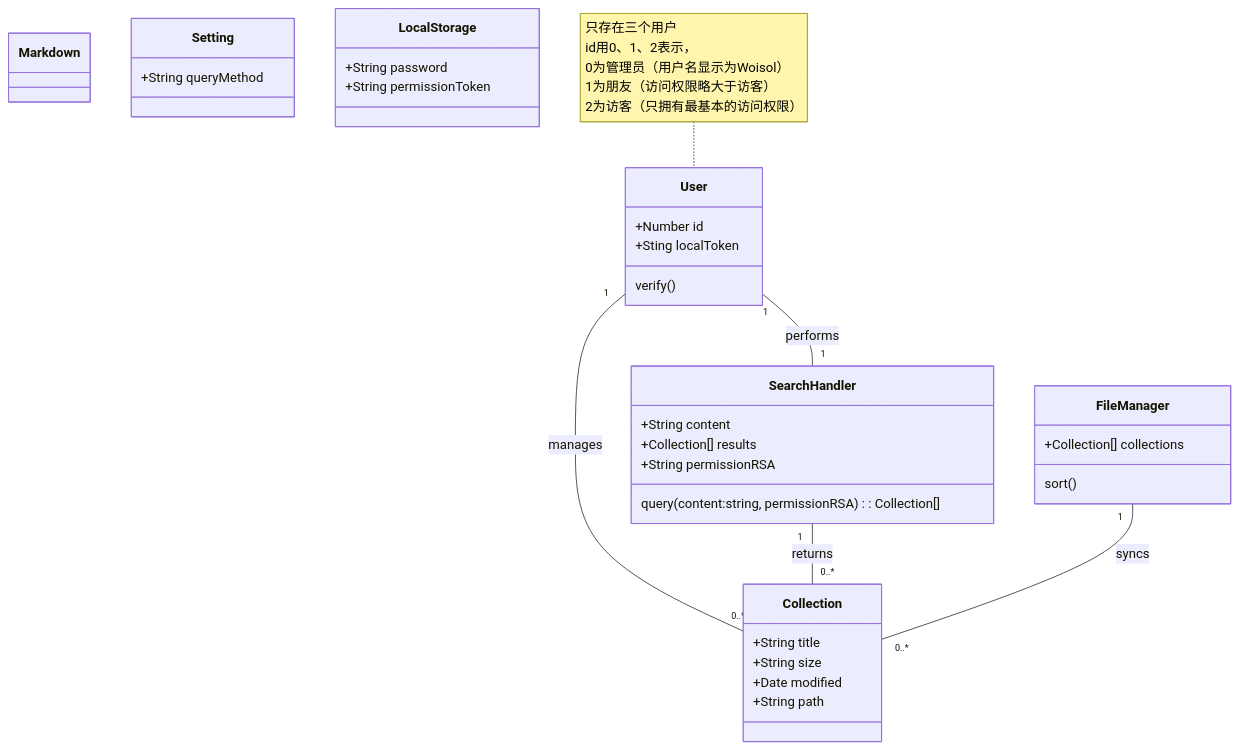
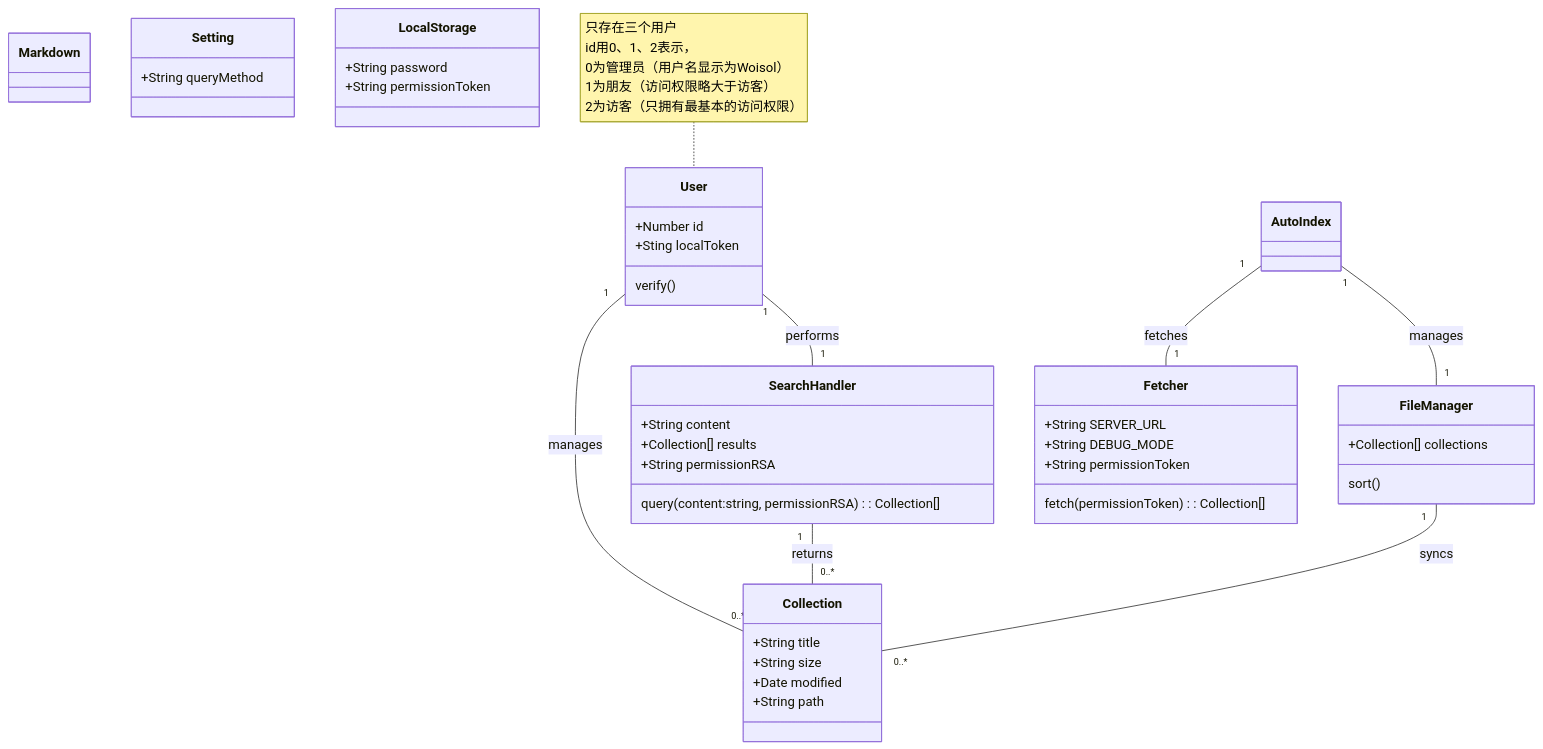
The second of 2 diagrams in docs/Requirement.md (Woisol/CollectionFetch-GUI), drawn with Mermaid before and after one commit. The commit also changed other lines of this file and 9 other files, not shown here.

````diff
--- a/docs/Requirement.md
+++ b/docs/Requirement.md
@@ -78,50 +80,65 @@
 ```mermaid
 classDiagram
     class User {
         +Number id
         +Sting localToken
         verify()
     }
     note for User "只存在三个用户
     id用0、1、2表示，
     0为管理员（用户名显示为Woisol）
     1为朋友（访问权限略大于访客）
     2为访客（只拥有最基本的访问权限）"
 
     class Collection {
         +String title
         +String size
         +Date modified
         +String path
     }
 
     class Markdown{
 
     }
 
+
     class SearchHandler {
         +String content
         +Collection[] results
         +String permissionRSA
         query(content:string, permissionRSA): Collection[]
     }
 
+
+    class AutoIndex{
+
+    }
     class FileManager {
         +Collection[] collections
         sort()
+    }
+
+    class Fetcher{
+        +String SERVER_URL
+        +String DEBUG_MODE
+        +String permissionToken
+        fetch(permissionToken): Collection[]
     }
 
     class Setting{
         +String queryMethod
     }
 
     class LocalStorage {
         +String password
         +String permissionToken
     }
 
     User "1" -- "0..*" Collection : manages
     User "1" -- "1" SearchHandler : performs
     SearchHandler "1" -- "0..*" Collection : returns
+
+    AutoIndex "1" -- "1" FileManager : manages
+    AutoIndex "1" -- "1" Fetcher : fetches
     FileManager "1" -- "0..*" Collection : syncs
 ```
````
